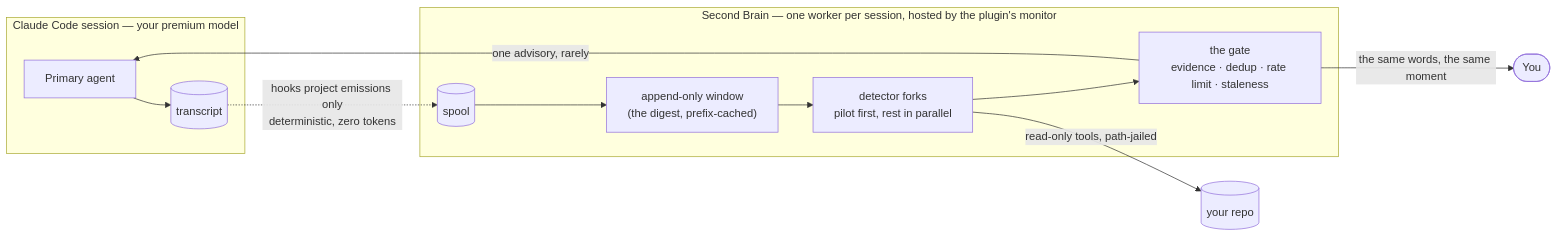
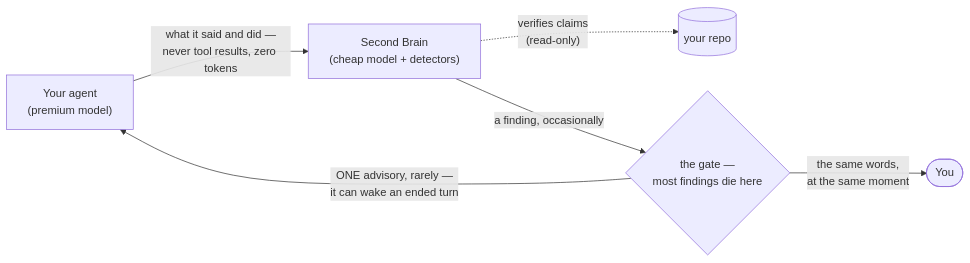
One commit to shofer-dev/claude-code-second-brain changed the diagram in README.md. Above: the diagram before and after it, drawn with Mermaid.

Commit message:
docs(readme): simpler How-it-works diagram
Five nodes, one flow: agent → Second Brain (emissions only) → gate → both
addressees, with the read-only repo verification as a dashed aside and
silence stated where it happens (the gate). The plumbing nouns — transcript,
spool, window, forks — belong to DESIGN.md, not the front page.

````diff
--- a/README.md
+++ b/README.md
@@ -41,18 +41,14 @@
 ```mermaid
 flowchart LR
-  subgraph session["Claude Code session — your premium model"]
-    A["Primary agent"]
-    T[("transcript")]
-    A --> T
-  end
-  T -. "hooks project emissions only<br/>deterministic, zero tokens" .-> SP[("spool")]
-  subgraph worker["Second Brain — one worker per session, hosted by the plugin's monitor"]
-    W["append-only window<br/>(the digest, prefix-cached)"]
-    D["detector forks<br/>pilot first, rest in parallel"]
-    G["the gate<br/>evidence · dedup · rate limit · staleness"]
-    SP --> W --> D --> G
-  end
-  D -- "read-only tools, path-jailed" --> R[("your repo")]
-  G -- "one advisory, rarely" --> A
-  G -- "the same words, the same moment" --> You(["You"])
+  A["Your agent<br/>(premium model)"]
+  SB["Second Brain<br/>(cheap model + detectors)"]
+  G{"the gate —<br/>most findings die here"}
+  You(["You"])
+  R[("your repo")]
+
+  A -- "what it said and did —<br/>never tool results, zero tokens" --> SB
+  SB -. "verifies claims<br/>(read-only)" .-> R
+  SB -- "a finding, occasionally" --> G
+  G -- "ONE advisory, rarely —<br/>it can wake an ended turn" --> A
+  G -- "the same words,<br/>at the same moment" --> You
 ```
````
